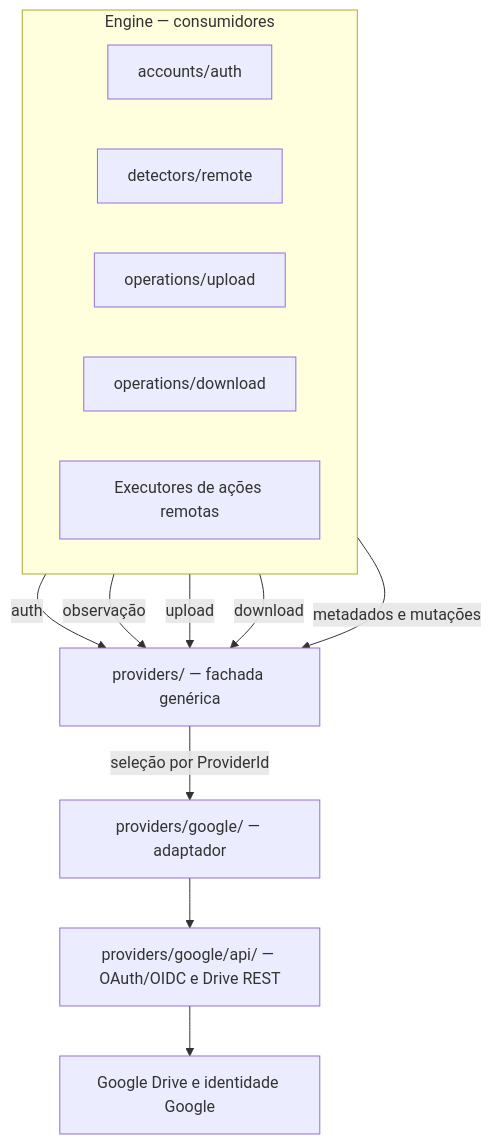
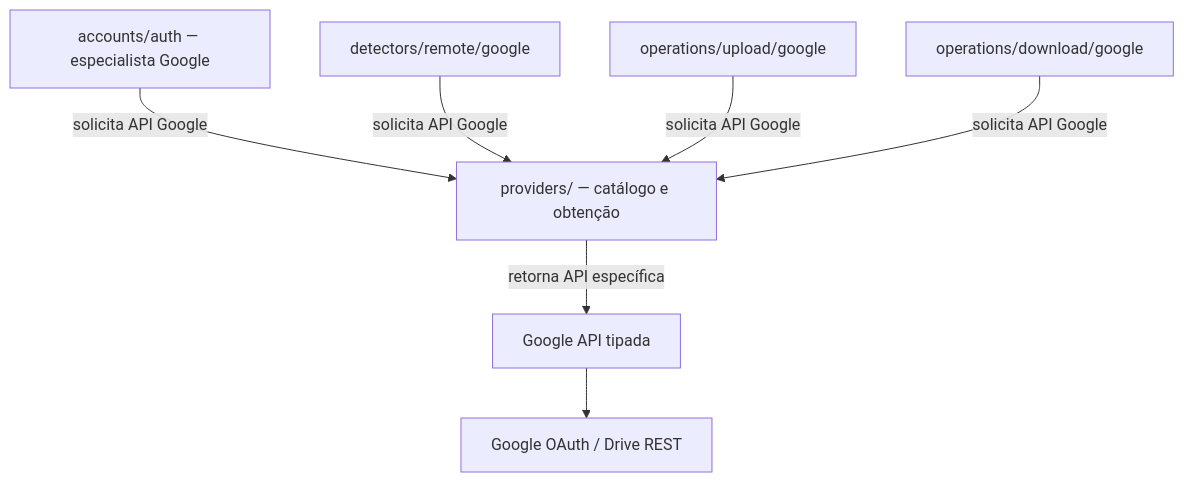
Before and after one commit to rafatosta/drivesync: the first of 2 diagrams in docs/engine/providers/README.md, drawn with Mermaid. The commit also changed other lines of this file, not shown here.

Commit message:
docs(providers): reduce to typed registry and factory of provider-specific APIs (README.md)

````diff
--- a/docs/engine/providers/README.md
+++ b/docs/engine/providers/README.md
@@ -11,24 +11,17 @@
 ```mermaid
 flowchart TB
-    subgraph ENGINE["Engine — consumidores"]
-        direction LR
-        A["accounts/auth"]
-        D["detectors/remote"]
-        U["operations/upload"]
-        DL["operations/download"]
-        O["Executores de ações remotas"]
-    end
-    F["providers/ — fachada genérica"]
-    G["providers/google/ — adaptador"]
-    API["providers/google/api/ — OAuth/OIDC e Drive REST"]
-    CLOUD["Google Drive e identidade Google"]
+    A["accounts/auth — especialista Google"]
+    D["detectors/remote/google"]
+    U["operations/upload/google"]
+    DL["operations/download/google"]
+    P["providers/ — catálogo e obtenção"]
+    G["Google API tipada"]
+    X["Google OAuth / Drive REST"]
 
-    A -->|"auth"| F
-    D -->|"observação"| F
-    U -->|"upload"| F
-    DL -->|"download"| F
-    O -->|"metadados e mutações"| F
-    F -->|"seleção por ProviderId"| G
-    G --> API
-    API --> CLOUD
+    A -->|"solicita API Google"| P
+    D -->|"solicita API Google"| P
+    U -->|"solicita API Google"| P
+    DL -->|"solicita API Google"| P
+    P -->|"retorna API específica"| G
+    G --> X
 ```
````
